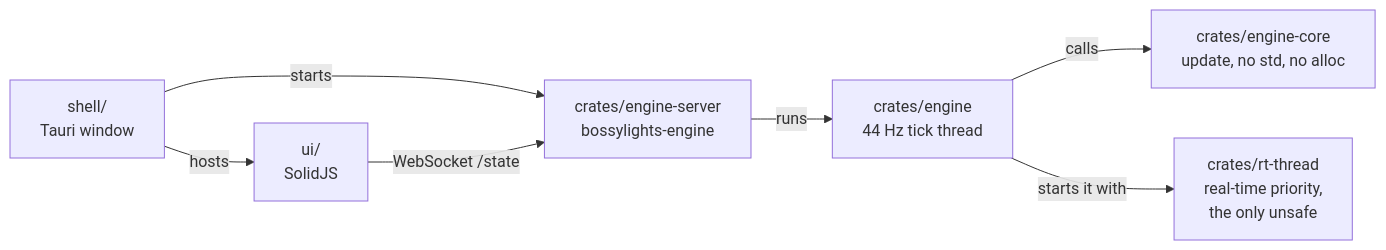
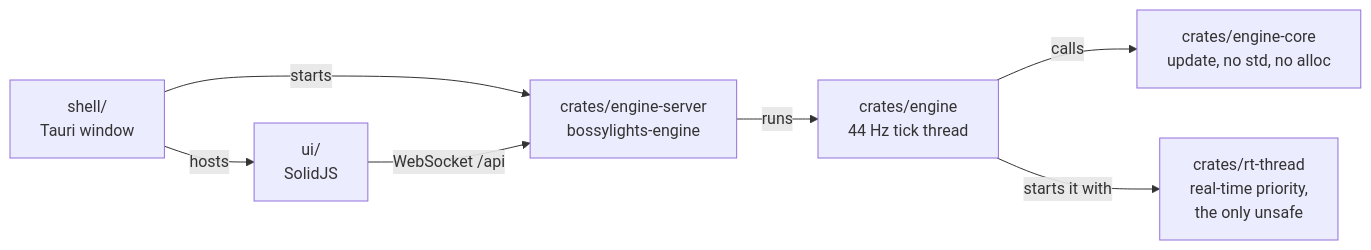
Before and after one commit to abossard/bossylights: the first of 2 diagrams in README.md, drawn with Mermaid. The commit also changed other lines of this file and 1 other file, not shown here.

Commit message:
docs: API v1, commands and how they reach the frame (#104)

````diff
--- a/README.md
+++ b/README.md
@@ -25,9 +25,9 @@
 ```mermaid
 flowchart LR
   SH["shell/<br/>Tauri window"] -- "starts" --> EB["crates/engine-server<br/>bossylights-engine"]
   EB -- "runs" --> EN["crates/engine<br/>44 Hz tick thread"]
   EN -- "calls" --> CO["crates/engine-core<br/>update, no std, no alloc"]
   EN -- "starts it with" --> RT["crates/rt-thread<br/>real-time priority,<br/>the only unsafe"]
   SH -- "hosts" --> UI["ui/<br/>SolidJS"]
-  UI -- "WebSocket /state" --> EB
+  UI -- "WebSocket /api" --> EB
 ```
````
